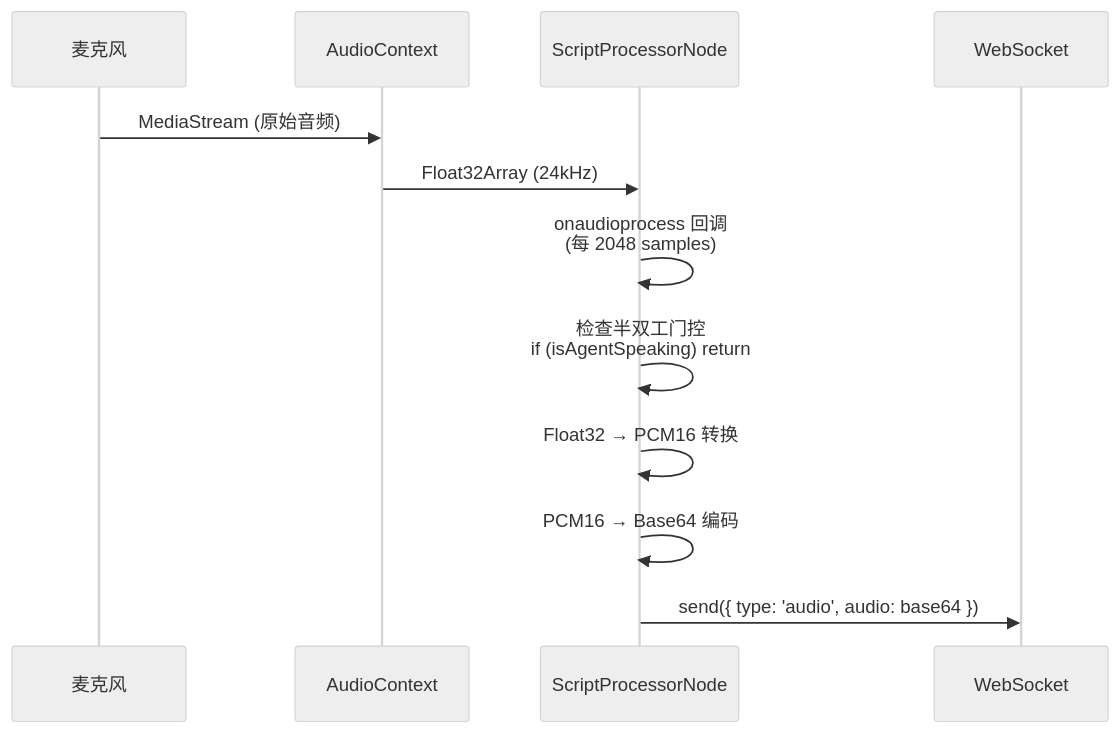
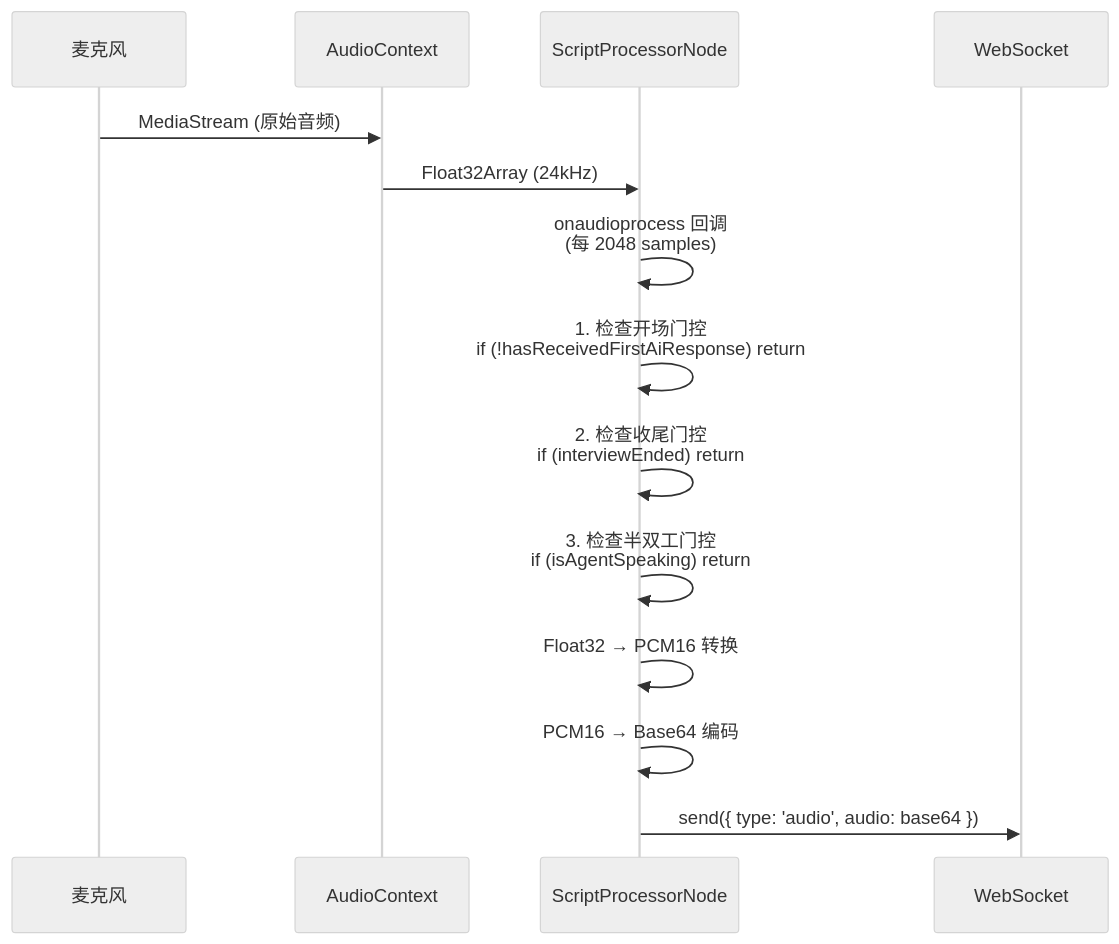
Before and after one commit to cziwen/AI_Interviewer: the third of 8 diagrams in spec_doc/03_features/03.2_realtime_interview.md, drawn with Mermaid (neutral theme). The commit also changed other lines of this file and 13 other files, not shown here.

````diff
--- a/spec_doc/03_features/03.2_realtime_interview.md
+++ b/spec_doc/03_features/03.2_realtime_interview.md
@@ -136,17 +144,19 @@
 ```mermaid
 sequenceDiagram
     participant Mic as 麦克风
     participant AC as AudioContext
     participant SP as ScriptProcessorNode
     participant WS as WebSocket
 
     Mic->>AC: MediaStream (原始音频)
     AC->>SP: Float32Array (24kHz)
     SP->>SP: onaudioprocess 回调<br/>(每 2048 samples)
 
-    SP->>SP: 检查半双工门控<br/>if (isAgentSpeaking) return;
+    SP->>SP: 1. 检查开场门控<br/>if (!hasReceivedFirstAiResponse) return;
+    SP->>SP: 2. 检查收尾门控<br/>if (interviewEnded) return;
+    SP->>SP: 3. 检查半双工门控<br/>if (isAgentSpeaking) return;
 
     SP->>SP: Float32 → PCM16 转换
     SP->>SP: PCM16 → Base64 编码
     SP->>WS: send({ type: 'audio', audio: base64 })
 ```
````
